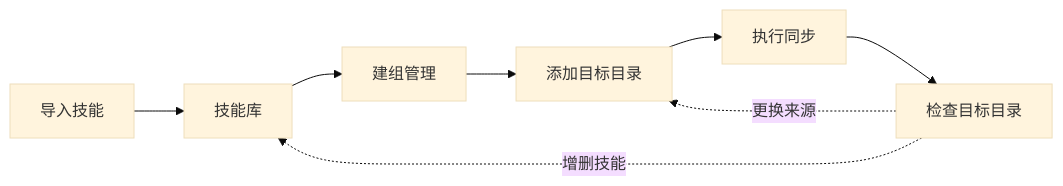
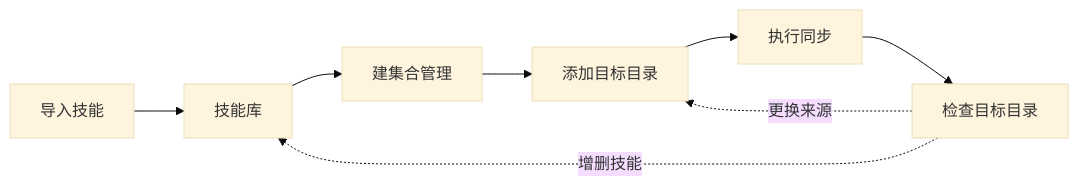
One commit to Aubyn/skill-web changed the diagram in README.md. Above: the diagram before and after it, drawn with Mermaid (base theme). The commit also changed other lines of this file and 10 other files, not shown here.

````diff
--- a/README.md
+++ b/README.md
@@ -87,10 +92,10 @@
 ```mermaid
 flowchart LR
     A[导入技能] --> B[技能库]
-    B --> C[建组管理]
+    B --> C[建集合管理]
     C --> D[添加目标目录]
     D --> E[执行同步]
     E --> F[检查目标目录]
     F -.->|增删技能| B
     F -.->|更换来源| D
 ```
````
